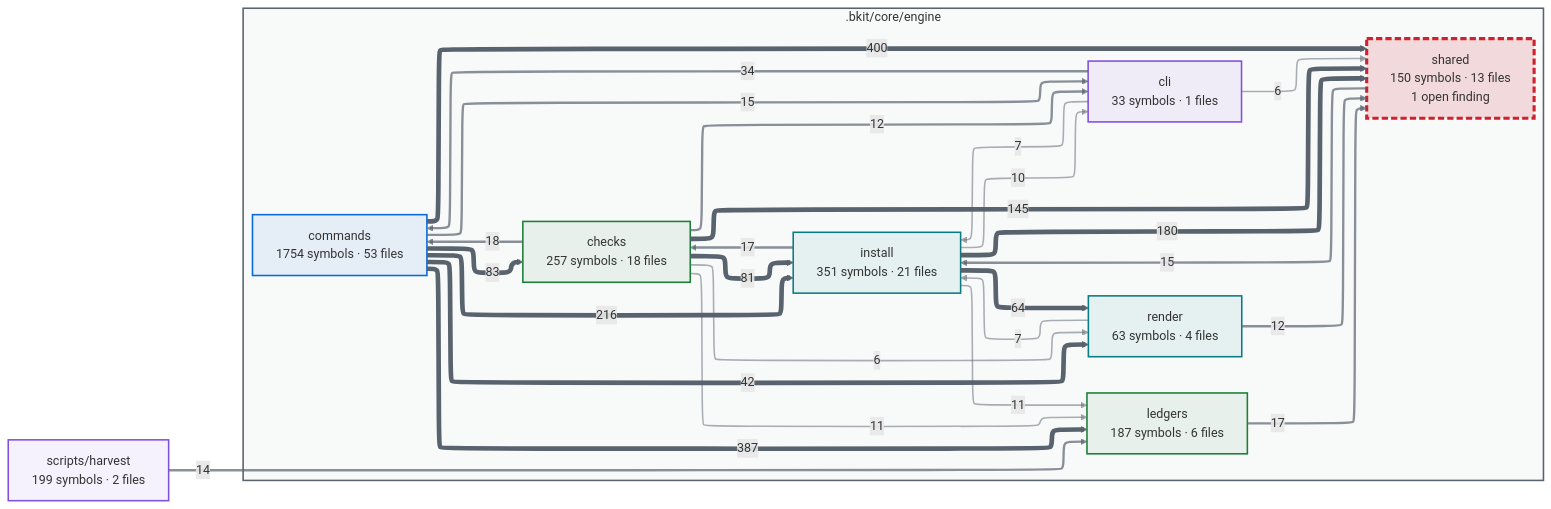
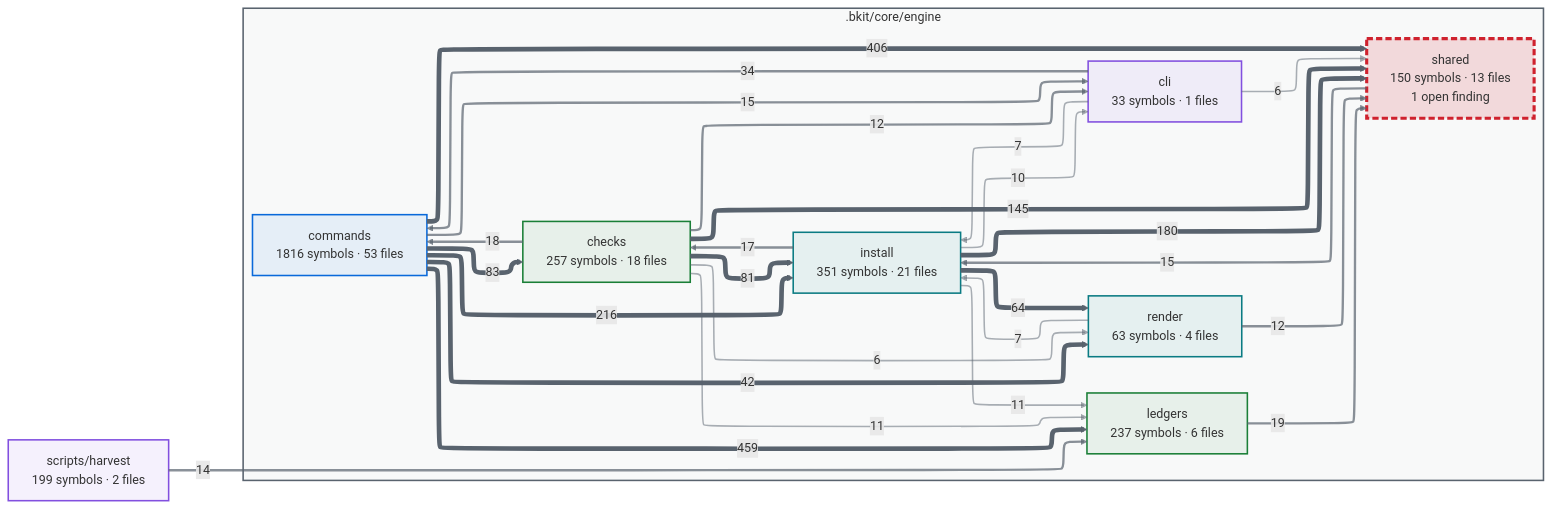
One commit to cbartens/bkit changed the first of 2 diagrams in docs/capabilities.md. Above: the diagram before and after it, drawn with Mermaid. The commit also changed other lines of this file and 494 other files, not shown here.

````diff
--- a/docs/capabilities.md
+++ b/docs/capabilities.md
@@ -154,80 +154,80 @@
 ```mermaid
 ---
 config:
   layout: elk
   themeCSS: "marker { overflow: visible; } marker path { transform: scale(1.8); transform-origin: 5px 5px; }"
   flowchart:
     useMaxWidth: false
 ---
 flowchart LR
   %% Generated by bkit-graphify-rollup.py — do not edit
   subgraph gn_bkit_core_engine[".bkit/core/engine"]
     n_bkit_core_engine_checks["checks<br/>257 symbols · 18 files"]
     n_bkit_core_engine_cli["cli<br/>33 symbols · 1 files"]
-    n_bkit_core_engine_commands["commands<br/>1754 symbols · 53 files"]
+    n_bkit_core_engine_commands["commands<br/>1816 symbols · 53 files"]
     n_bkit_core_engine_install["install<br/>351 symbols · 21 files"]
-    n_bkit_core_engine_ledgers["ledgers<br/>187 symbols · 6 files"]
+    n_bkit_core_engine_ledgers["ledgers<br/>237 symbols · 6 files"]
     n_bkit_core_engine_render["render<br/>63 symbols · 4 files"]
     n_bkit_core_engine_shared["shared<br/>150 symbols · 13 files<br/>1 open finding"]
   end
   nscripts_harvest["scripts/harvest<br/>199 symbols · 2 files"]
-  n_bkit_core_engine_commands -->|400| n_bkit_core_engine_shared
-  n_bkit_core_engine_commands -->|387| n_bkit_core_engine_ledgers
+  n_bkit_core_engine_commands -->|459| n_bkit_core_engine_ledgers
+  n_bkit_core_engine_commands -->|406| n_bkit_core_engine_shared
   n_bkit_core_engine_commands -->|216| n_bkit_core_engine_install
   n_bkit_core_engine_install -->|180| n_bkit_core_engine_shared
   n_bkit_core_engine_checks -->|145| n_bkit_core_engine_shared
   n_bkit_core_engine_commands -->|83| n_bkit_core_engine_checks
   n_bkit_core_engine_checks -->|81| n_bkit_core_engine_install
   n_bkit_core_engine_install -->|64| n_bkit_core_engine_render
   n_bkit_core_engine_commands -->|42| n_bkit_core_engine_render
   n_bkit_core_engine_cli -->|34| n_bkit_core_engine_commands
+  n_bkit_core_engine_ledgers -->|19| n_bkit_core_engine_shared
   n_bkit_core_engine_checks -->|18| n_bkit_core_engine_commands
   n_bkit_core_engine_install -->|17| n_bkit_core_engine_checks
-  n_bkit_core_engine_ledgers -->|17| n_bkit_core_engine_shared
   n_bkit_core_engine_shared -->|15| n_bkit_core_engine_install
   n_bkit_core_engine_commands -->|15| n_bkit_core_engine_cli
   nscripts_harvest -->|14| n_bkit_core_engine_ledgers
   n_bkit_core_engine_checks -->|12| n_bkit_core_engine_cli
   n_bkit_core_engine_render -->|12| n_bkit_core_engine_shared
   n_bkit_core_engine_checks -->|11| n_bkit_core_engine_ledgers
   n_bkit_core_engine_install -->|11| n_bkit_core_engine_ledgers
   n_bkit_core_engine_install -->|10| n_bkit_core_engine_cli
   n_bkit_core_engine_cli -->|7| n_bkit_core_engine_install
   n_bkit_core_engine_render -->|7| n_bkit_core_engine_install
   n_bkit_core_engine_checks -->|6| n_bkit_core_engine_render
   n_bkit_core_engine_cli -->|6| n_bkit_core_engine_shared
   style gn_bkit_core_engine fill:#59636e0a,stroke:#59636e,stroke-width:2px
   style n_bkit_core_engine_checks stroke:#1a7f37,stroke-width:2px,fill:#1a7f3714
   style n_bkit_core_engine_cli stroke:#8250df,stroke-width:2px,fill:#8250df14
   style n_bkit_core_engine_commands stroke:#0969da,stroke-width:2px,fill:#0969da14
   style n_bkit_core_engine_install stroke:#0a7b83,stroke-width:2px,fill:#0a7b8314
   style n_bkit_core_engine_ledgers stroke:#1a7f37,stroke-width:2px,fill:#1a7f3714
   style n_bkit_core_engine_render stroke:#0a7b83,stroke-width:2px,fill:#0a7b8314
   style n_bkit_core_engine_shared stroke:#cf222e,stroke-width:4px,stroke-dasharray:8 4,fill:#cf222e26
   style nscripts_harvest stroke:#8250df,stroke-width:2px,fill:#8250df14
   linkStyle 0 stroke:#59636e,stroke-width:6px
   linkStyle 1 stroke:#59636e,stroke-width:6px
   linkStyle 2 stroke:#59636e,stroke-width:6px
   linkStyle 3 stroke:#59636e,stroke-width:6px
   linkStyle 4 stroke:#59636e,stroke-width:6px
   linkStyle 5 stroke:#59636e,stroke-width:6px
   linkStyle 6 stroke:#59636e,stroke-width:6px
   linkStyle 7 stroke:#59636e,stroke-width:6px
   linkStyle 8 stroke:#59636e,stroke-width:6px
   linkStyle 9 stroke:#59636eb3,stroke-width:3px
   linkStyle 10 stroke:#59636eb3,stroke-width:3px
   linkStyle 11 stroke:#59636eb3,stroke-width:3px
   linkStyle 12 stroke:#59636eb3,stroke-width:3px
   linkStyle 13 stroke:#59636eb3,stroke-width:3px
   linkStyle 14 stroke:#59636eb3,stroke-width:3px
   linkStyle 15 stroke:#59636eb3,stroke-width:3px
   linkStyle 16 stroke:#59636eb3,stroke-width:3px
   linkStyle 17 stroke:#59636eb3,stroke-width:3px
   linkStyle 18 stroke:#59636e80,stroke-width:2px
   linkStyle 19 stroke:#59636e80,stroke-width:2px
   linkStyle 20 stroke:#59636e80,stroke-width:2px
   linkStyle 21 stroke:#59636e80,stroke-width:2px
   linkStyle 22 stroke:#59636e80,stroke-width:2px
   linkStyle 23 stroke:#59636e80,stroke-width:2px
   linkStyle 24 stroke:#59636e80,stroke-width:2px
 ```
````
